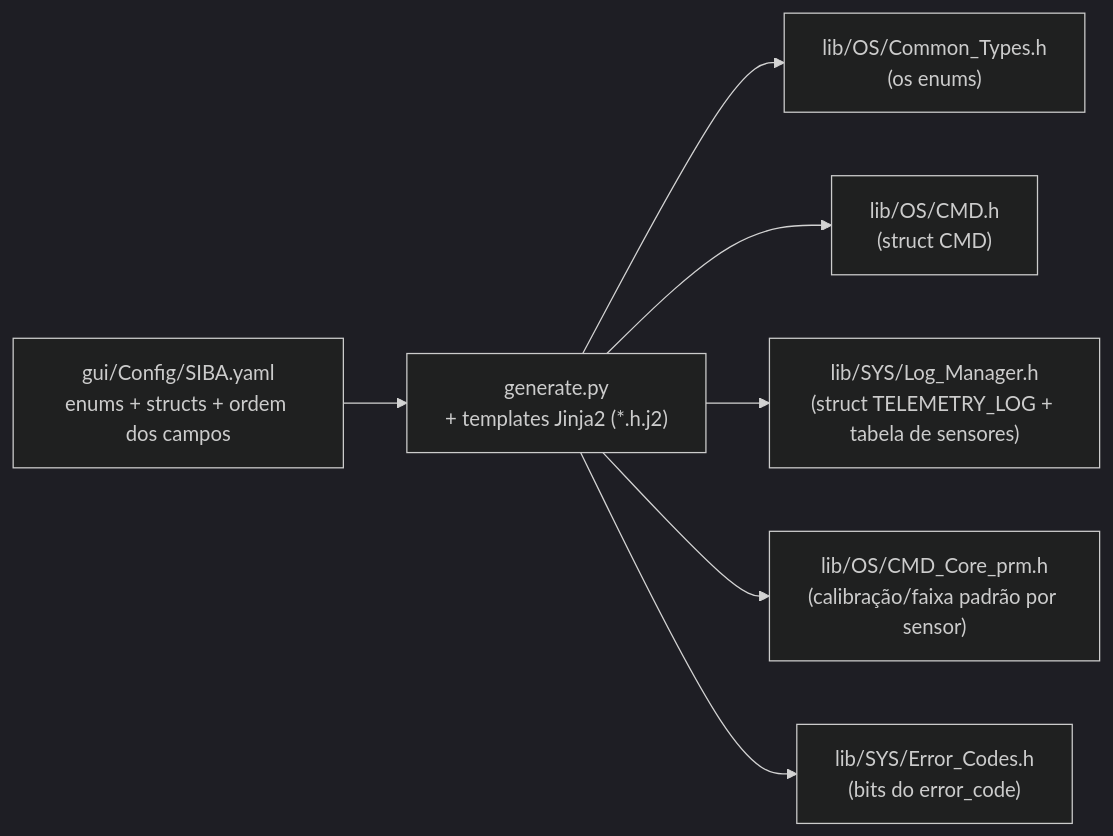
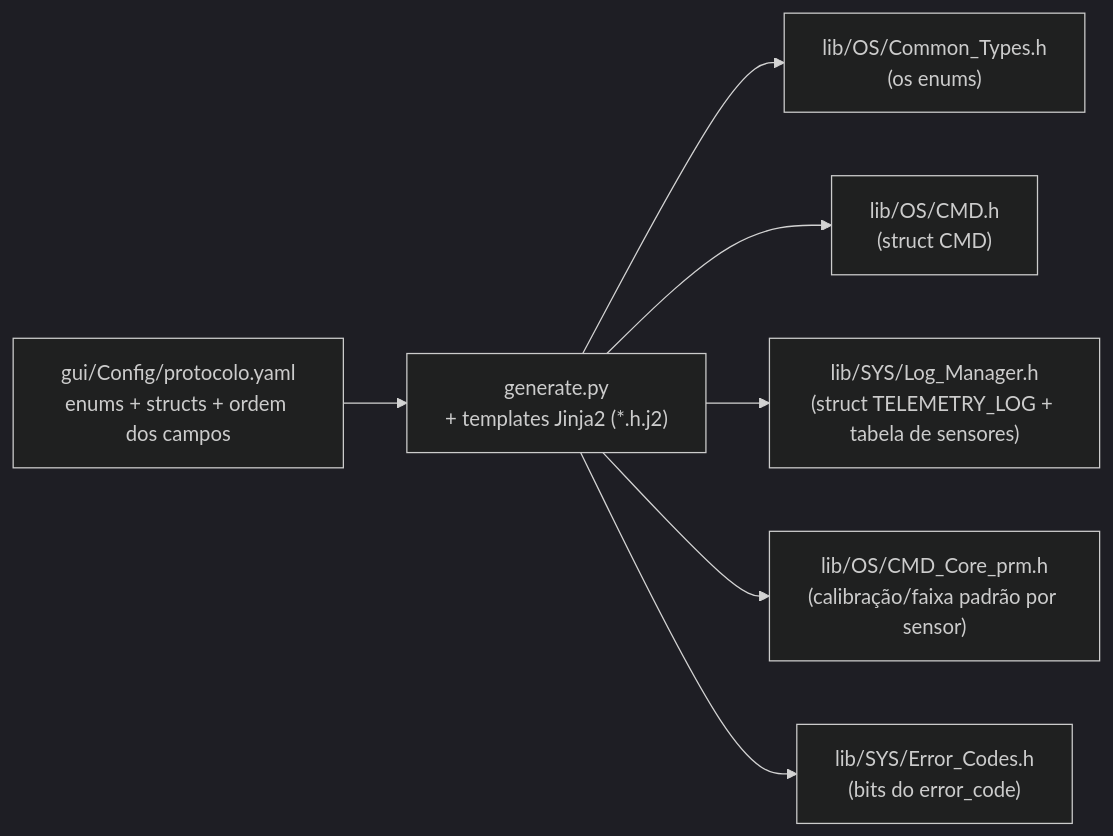
The fourth of 4 diagrams in firmware/README.md (vitordallolivo/TCC), drawn with Mermaid (dark theme) before and after one commit. The commit also changed other lines of this file and 48 other files, not shown here.

````diff
--- a/firmware/README.md
+++ b/firmware/README.md
@@ -918,9 +918,9 @@
 ```mermaid
 flowchart LR
-    yaml["gui/Config/SIBA.yaml<br/>enums + structs + ordem dos campos"] --> gen["generate.py<br/>+ templates Jinja2 (*.h.j2)"]
+    yaml["gui/Config/protocolo.yaml<br/>enums + structs + ordem dos campos"] --> gen["generate.py<br/>+ templates Jinja2 (*.h.j2)"]
     gen --> ct["lib/OS/Common_Types.h<br/>(os enums)"]
     gen --> cmd["lib/OS/CMD.h<br/>(struct CMD)"]
     gen --> log["lib/SYS/Log_Manager.h<br/>(struct TELEMETRY_LOG + tabela de sensores)"]
     gen --> prm["lib/OS/CMD_Core_prm.h<br/>(calibração/faixa padrão por sensor)"]
     gen --> err["lib/SYS/Error_Codes.h<br/>(bits do error_code)"]
 ```
````
